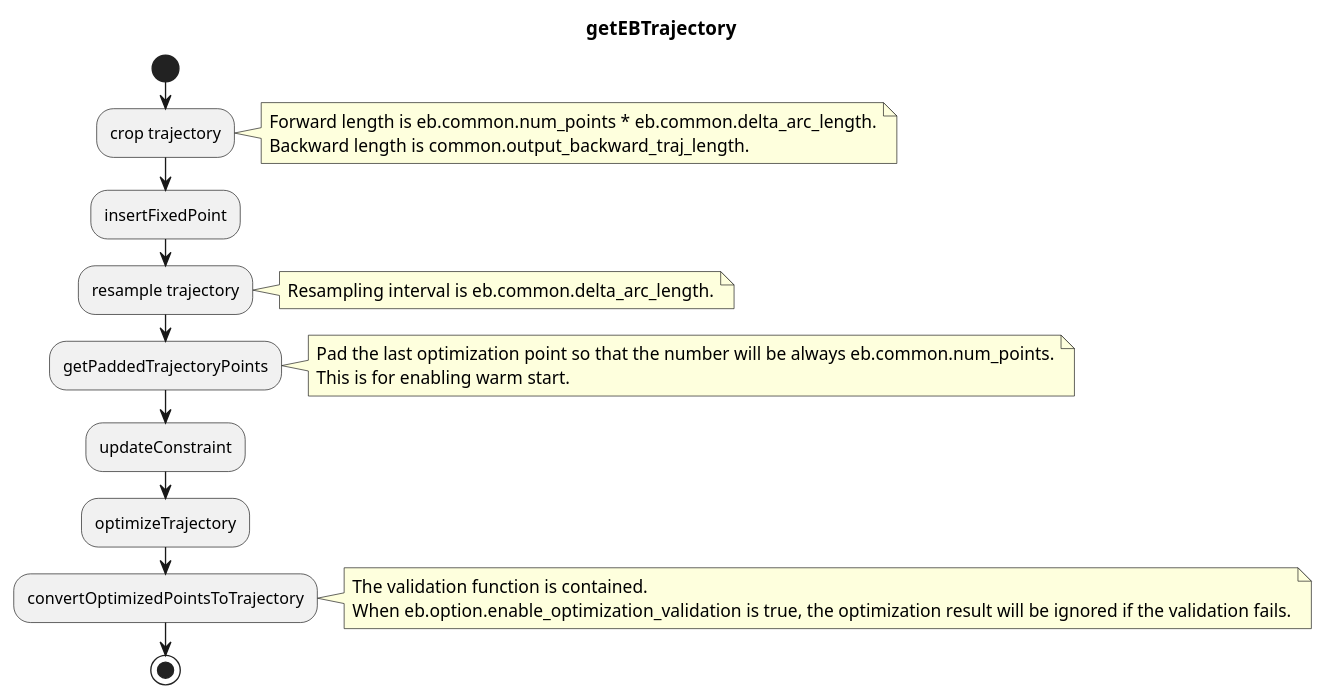
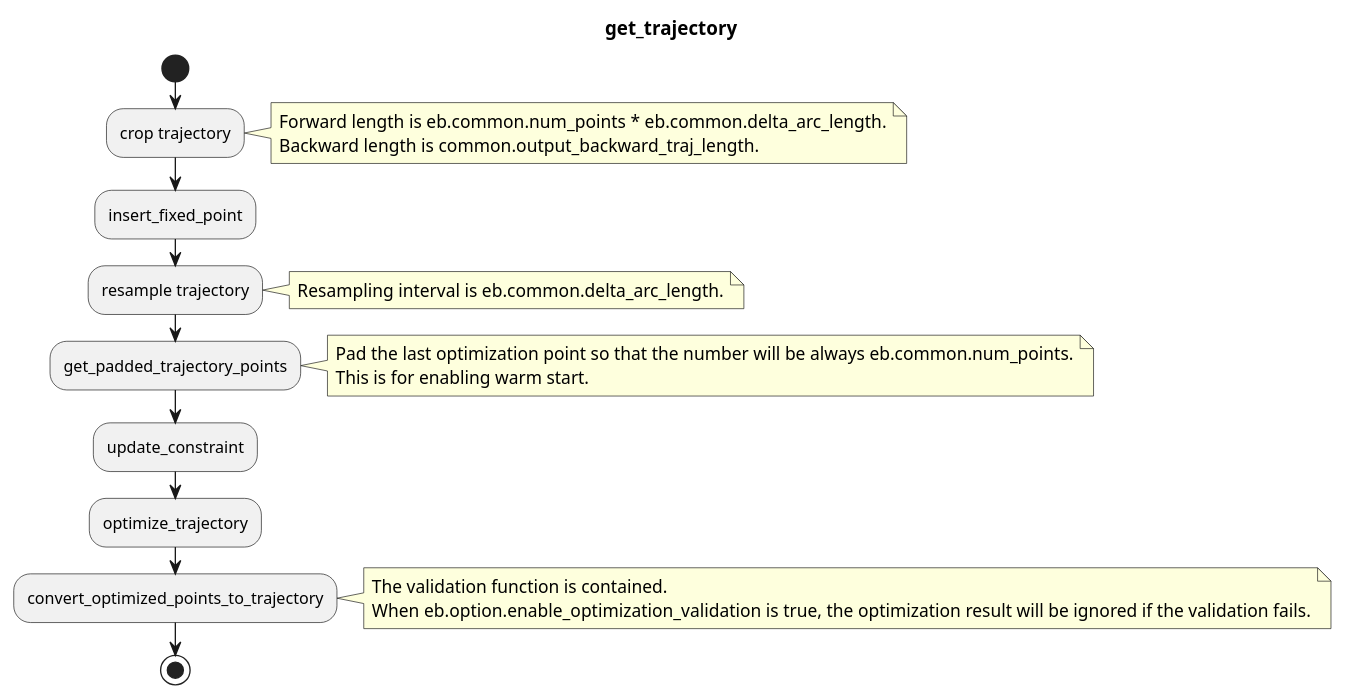
The diagram in planning/path_smoothing/docs/eb.md (autowarefoundation/autoware.universe), drawn with PlantUML before and after one commit. The commit also changed 4 other files, not shown here.

````diff
--- a/planning/path_smoothing/docs/eb.md
+++ b/planning/path_smoothing/docs/eb.md
@@ -13,37 +13,37 @@
 ```plantuml
 @startuml
-title getEBTrajectory
+title get_trajectory
 start
 
 :crop trajectory;
 note right
 Forward length is eb.common.num_points * eb.common.delta_arc_length.
 Backward length is common.output_backward_traj_length.
 end note
 
-:insertFixedPoint;
+:insert_fixed_point;
 
 :resample trajectory;
 note right
 Resampling interval is eb.common.delta_arc_length.
 end note
 
-:getPaddedTrajectoryPoints;
+:get_padded_trajectory_points;
 note right
 Pad the last optimization point so that the number will be always eb.common.num_points.
 This is for enabling warm start.
 end note
 
-:updateConstraint;
+:update_constraint;
 
-:optimizeTrajectory;
+:optimize_trajectory;
 
-:convertOptimizedPointsToTrajectory;
+:convert_optimized_points_to_trajectory;
 note right
 The validation function is contained.
 When eb.option.enable_optimization_validation is true, the optimization result will be ignored if the validation fails.
 end note
 
 stop
 @enduml
 ```
````
